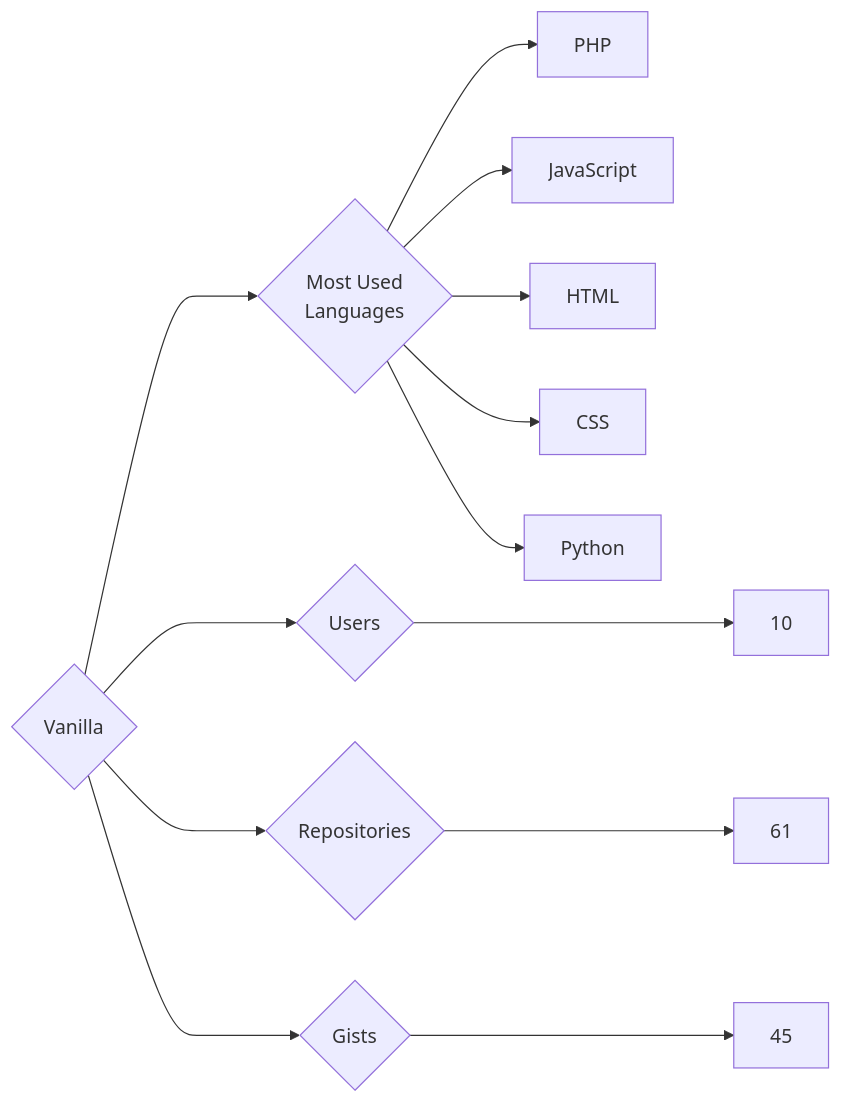
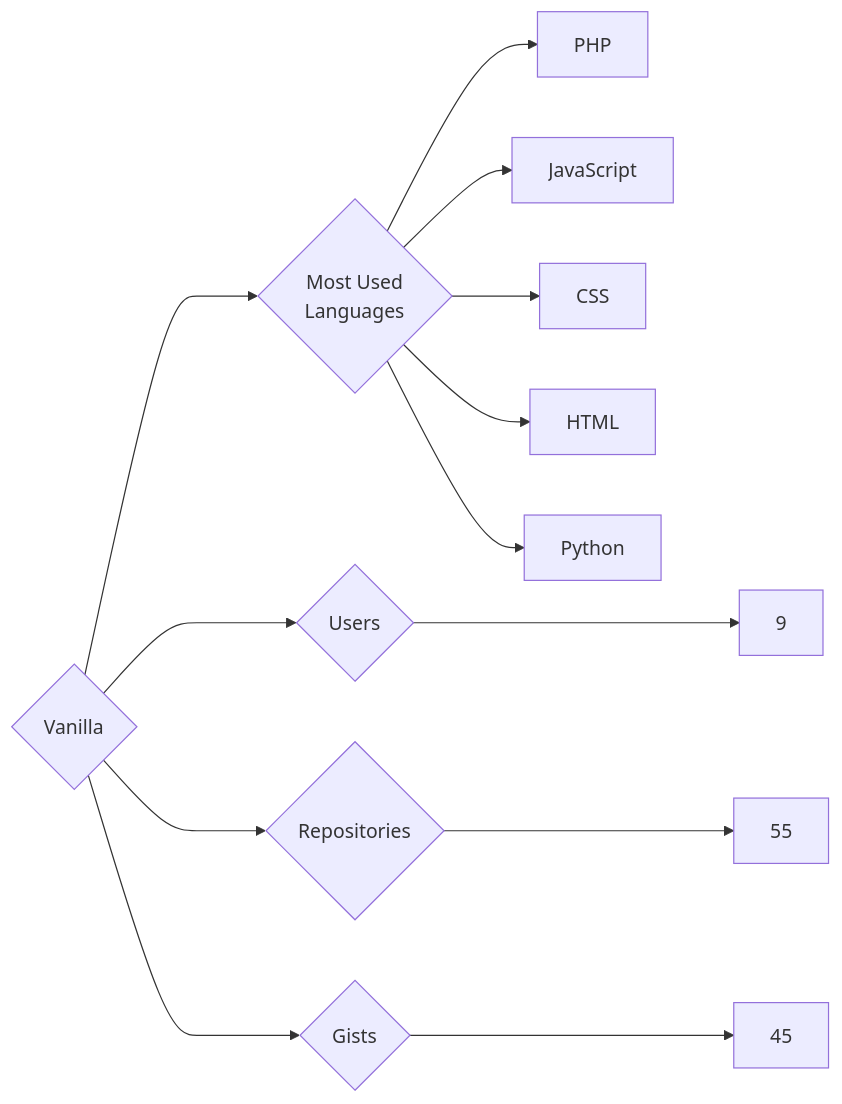
The diagram in targets/Vanilla/README.md (trickest/insiders), drawn with Mermaid before and after one commit. The commit also changed 895 other files, not shown here.

````diff
--- a/targets/Vanilla/README.md
+++ b/targets/Vanilla/README.md
@@ -3,13 +3,13 @@
 ```mermaid
 graph LR
 COMPANY_NAME{Vanilla}
-COMPANY_NAME ---> U{Users} ---> UN[10]
-COMPANY_NAME ---> R{Repositories} ---> RN[61]
+COMPANY_NAME ---> U{Users} ---> UN[9]
+COMPANY_NAME ---> R{Repositories} ---> RN[55]
 COMPANY_NAME ---> G{Gists} ---> GN[45]
 COMPANY_NAME ---> ML{Most Used<br>Languages}
 ML --> PHP[PHP]
 ML --> JavaScript[JavaScript]
+ML --> CSS[CSS]
 ML --> HTML[HTML]
-ML --> CSS[CSS]
 ML --> Python[Python]
 ```
````
